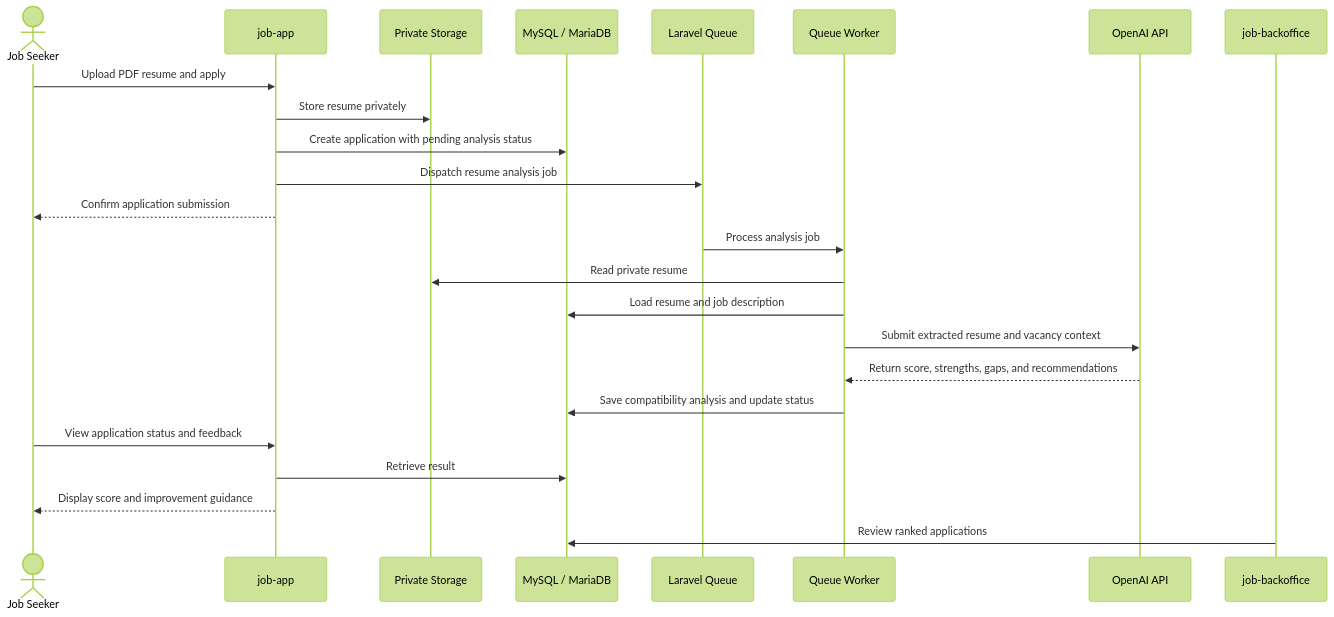
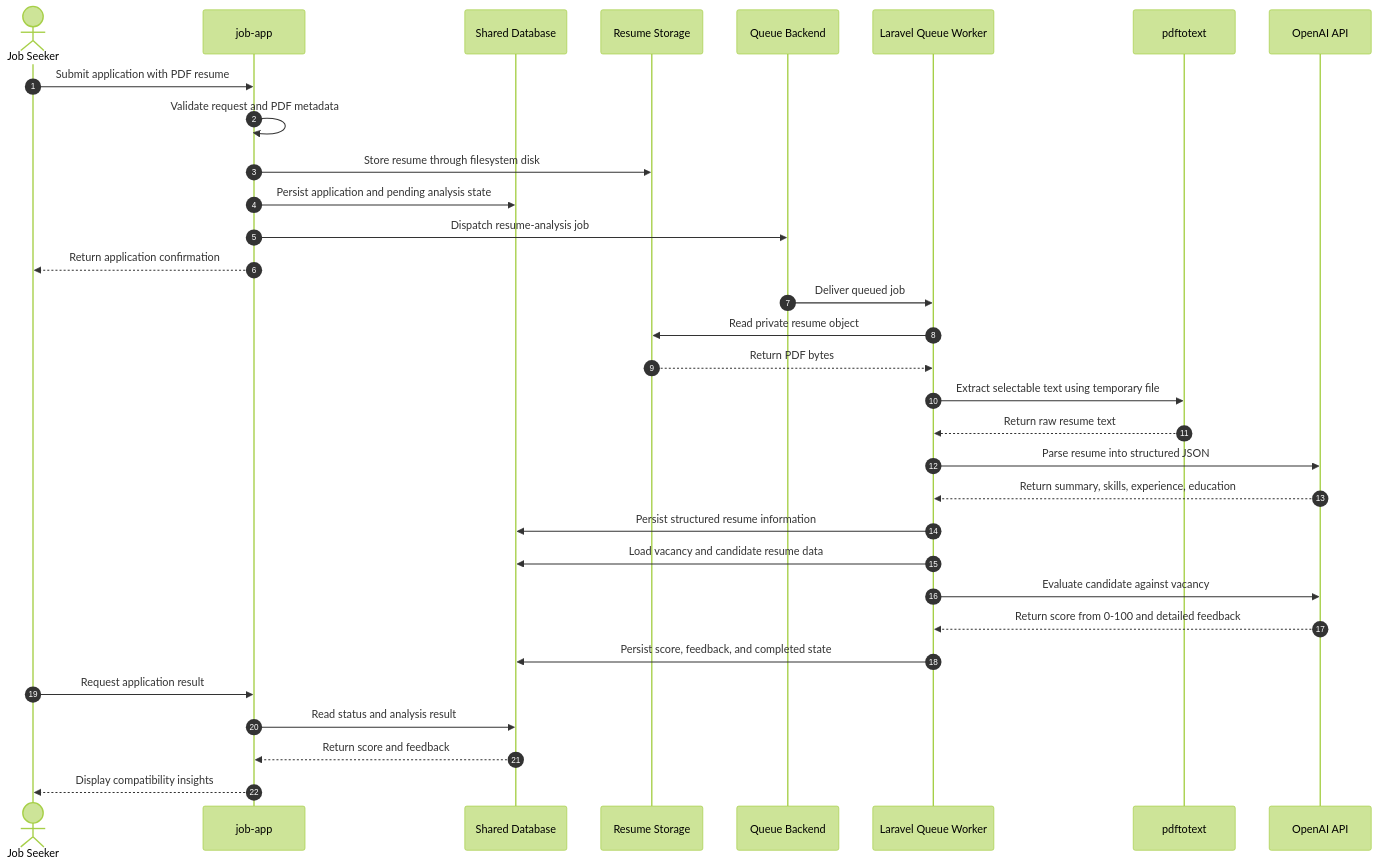
One commit to Ammar-1993/Job_Vacancies_Platform changed the second of 2 diagrams in README.md. Above: the diagram before and after it, drawn with Mermaid (forest theme). The commit also changed other lines of this file, not shown here.

Commit message:
docs: refine system architecture diagrams for accuracy and clarity

````diff
--- a/README.md
+++ b/README.md
@@ -163,29 +171,38 @@
 ```mermaid
 sequenceDiagram
+    autonumber
     actor Candidate as Job Seeker
     participant App as job-app
-    participant Storage as Private Storage
-    participant DB as MySQL / MariaDB
-    participant Queue as Laravel Queue
-    participant Worker as Queue Worker
+    participant DB as Shared Database
+    participant Files as Resume Storage
+    participant Queue as Queue Backend
+    participant Worker as Laravel Queue Worker
+    participant PDF as pdftotext
     participant AI as OpenAI API
-    participant Backoffice as job-backoffice
 
-    Candidate->>App: Upload PDF resume and apply
-    App->>Storage: Store resume privately
-    App->>DB: Create application with pending analysis status
-    App->>Queue: Dispatch resume analysis job
-    App-->>Candidate: Confirm application submission
+    Candidate->>App: Submit application with PDF resume
+    App->>App: Validate request and PDF metadata
+    App->>Files: Store resume through filesystem disk
+    App->>DB: Persist application and pending analysis state
+    App->>Queue: Dispatch resume-analysis job
+    App-->>Candidate: Return application confirmation
 
-    Queue->>Worker: Process analysis job
-    Worker->>Storage: Read private resume
-    Worker->>DB: Load resume and job description
-    Worker->>AI: Submit extracted resume and vacancy context
-    AI-->>Worker: Return score, strengths, gaps, and recommendations
-    Worker->>DB: Save compatibility analysis and update status
+    Queue->>Worker: Deliver queued job
+    Worker->>Files: Read private resume object
+    Files-->>Worker: Return PDF bytes
+    Worker->>PDF: Extract selectable text using temporary file
+    PDF-->>Worker: Return raw resume text
+    Worker->>AI: Parse resume into structured JSON
+    AI-->>Worker: Return summary, skills, experience, education
+    Worker->>DB: Persist structured resume information
 
-    Candidate->>App: View application status and feedback
-    App->>DB: Retrieve result
-    App-->>Candidate: Display score and improvement guidance
-    Backoffice->>DB: Review ranked applications
+    Worker->>DB: Load vacancy and candidate resume data
+    Worker->>AI: Evaluate candidate against vacancy
+    AI-->>Worker: Return score from 0-100 and detailed feedback
+    Worker->>DB: Persist score, feedback, and completed state
+
+    Candidate->>App: Request application result
+    App->>DB: Read status and analysis result
+    DB-->>App: Return score and feedback
+    App-->>Candidate: Display compatibility insights
 ```
````
